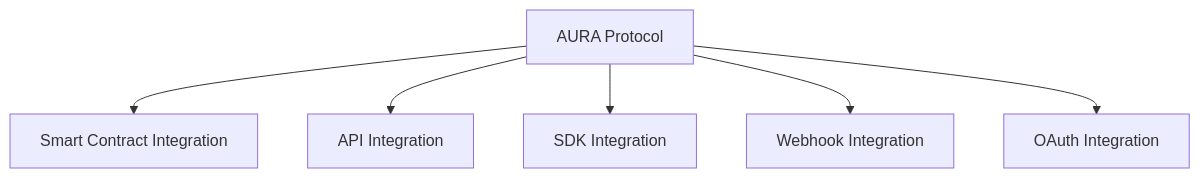
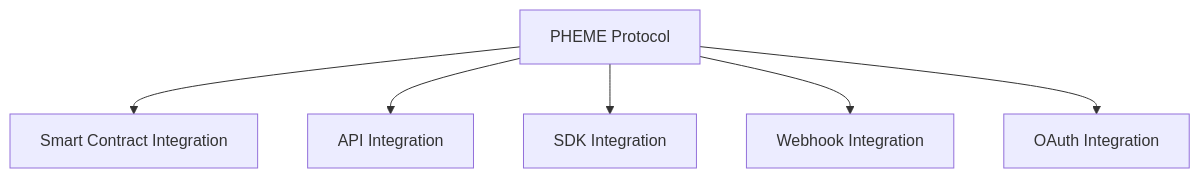
Before and after one commit to Pheme-Protocol/Pheme-Protocol: the diagram in docs/developer-guide/06-integrations.md, drawn with Mermaid. The commit also changed other lines of this file, not shown here.

````diff
--- a/docs/developer-guide/06-integrations.md
+++ b/docs/developer-guide/06-integrations.md
@@ -10,8 +10,8 @@
 ```mermaid
 graph TD
-    A[AURA Protocol] --> B[Smart Contract Integration]
+    A[PHEME Protocol] --> B[Smart Contract Integration]
     A --> C[API Integration]
     A --> D[SDK Integration]
     A --> E[Webhook Integration]
     A --> F[OAuth Integration]
 ```
````
